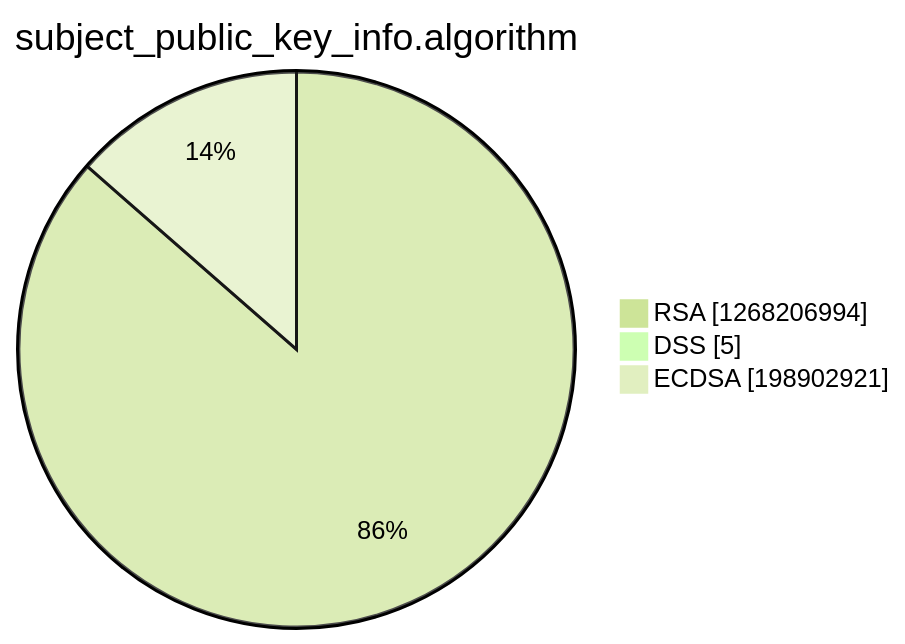
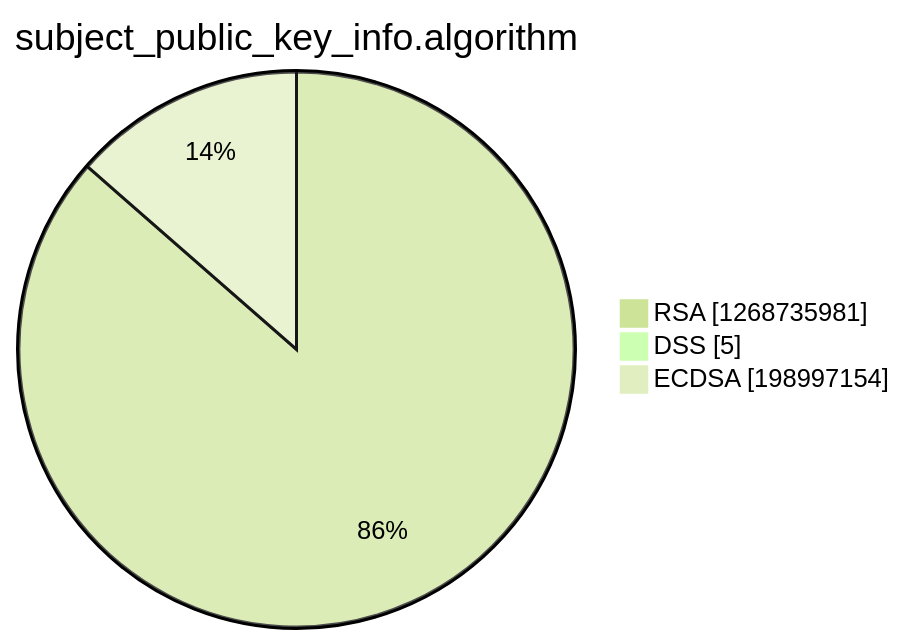
The third of 15 diagrams in argon2022/README.md (christiankrug/ctmonitor_visualization), drawn with Mermaid (forest theme) before and after one commit. The commit also changed other lines of this file, not shown here.

````diff
--- a/argon2022/README.md
+++ b/argon2022/README.md
@@ -14,7 +14,7 @@
 ```mermaid
 pie showData
 title subject_public_key_info.algorithm
-"RSA" :1268206994
+"RSA" :1268735981
 "DSS" :5
-"ECDSA" :198902921
+"ECDSA" :198997154
 ```
````
